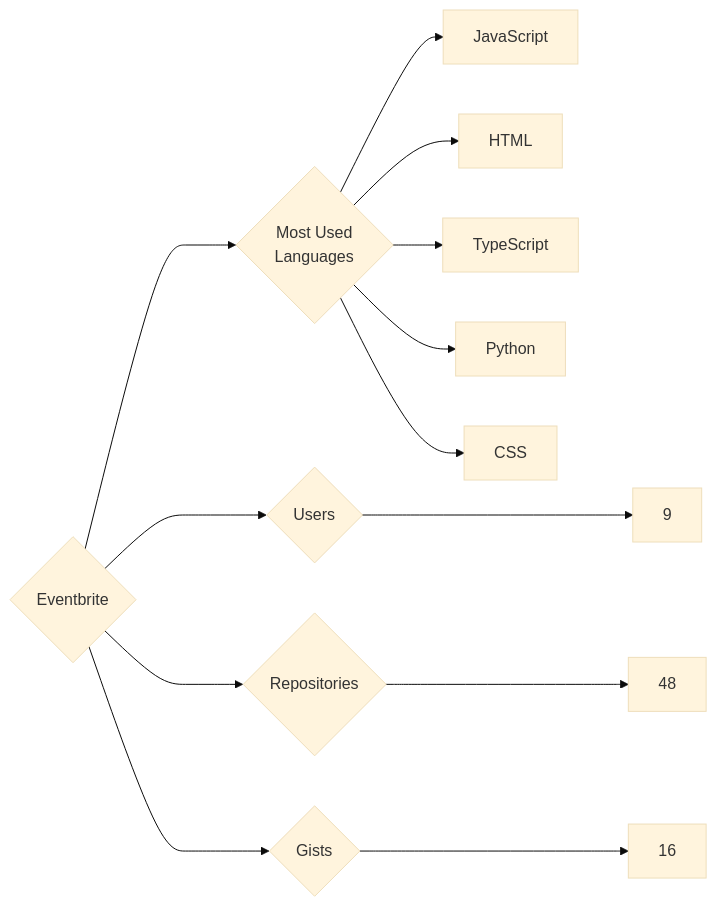
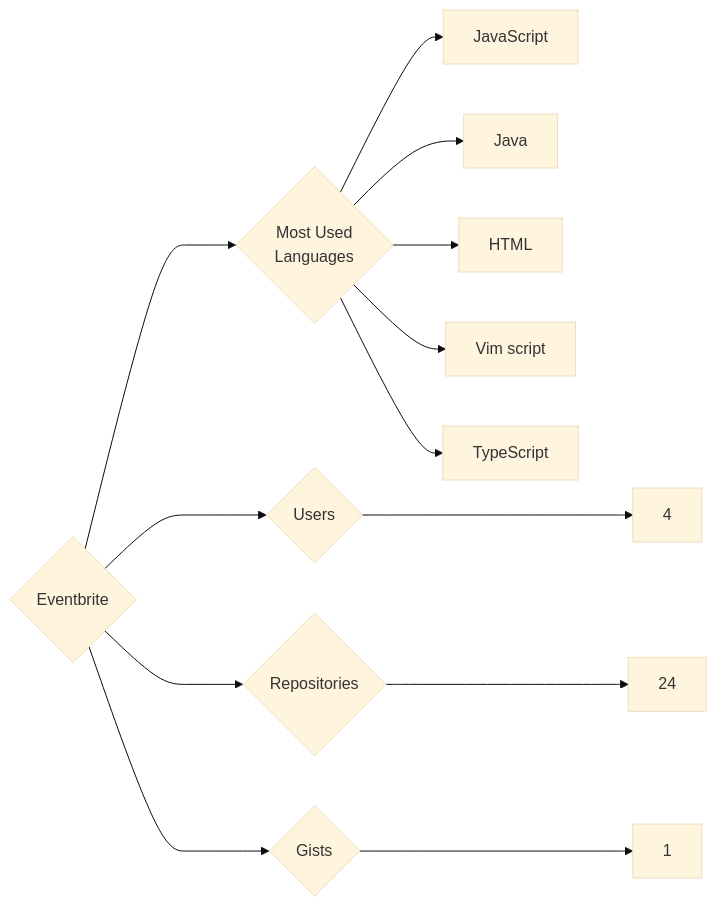
Before and after one commit to trickest/insiders: the diagram in targets/Eventbrite/README.md, drawn with Mermaid (base theme). The commit also changed 870 other files, not shown here.

````diff
--- a/targets/Eventbrite/README.md
+++ b/targets/Eventbrite/README.md
@@ -3,13 +3,13 @@
 ```mermaid
 graph LR
 COMPANY_NAME{Eventbrite}
-COMPANY_NAME ---> U{Users} ---> UN[9]
-COMPANY_NAME ---> R{Repositories} ---> RN[48]
-COMPANY_NAME ---> G{Gists} ---> GN[16]
+COMPANY_NAME ---> U{Users} ---> UN[4]
+COMPANY_NAME ---> R{Repositories} ---> RN[24]
+COMPANY_NAME ---> G{Gists} ---> GN[1]
 COMPANY_NAME ---> ML{Most Used<br>Languages}
 ML --> JavaScript[JavaScript]
+ML --> Java[Java]
 ML --> HTML[HTML]
+ML --> Vim_script[Vim script]
 ML --> TypeScript[TypeScript]
-ML --> Python[Python]
-ML --> CSS[CSS]
 ```
````
